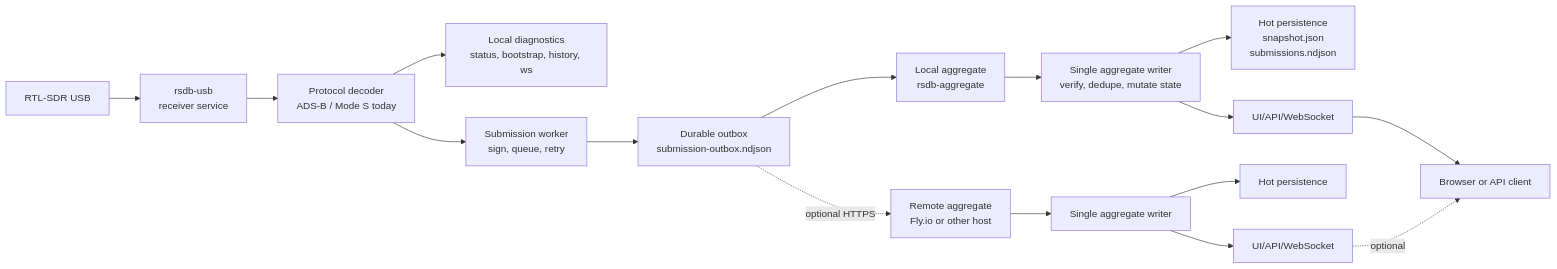
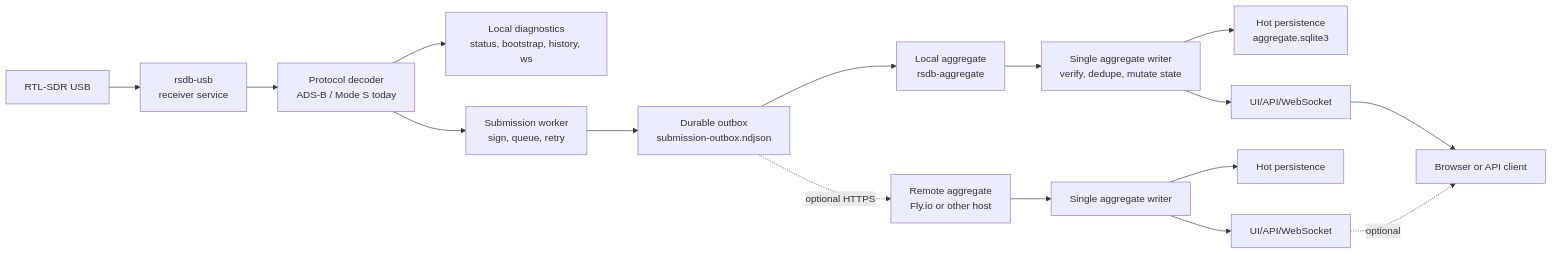
Before and after one commit to abhay/rsdb: the first of 2 diagrams in docs/ARCHITECTURE.md, drawn with Mermaid. The commit also changed other lines of this file and 7 other files, not shown here.

First line of the commit message:
Store aggregate submissions in SQLite

````diff
--- a/docs/ARCHITECTURE.md
+++ b/docs/ARCHITECTURE.md
@@ -16,18 +16,18 @@
 ```mermaid
 flowchart LR
   USB[RTL-SDR USB] --> Receiver[rsdb-usb<br/>receiver service]
   Receiver --> Decode[Protocol decoder<br/>ADS-B / Mode S today]
   Decode --> LocalAPI[Local diagnostics<br/>status, bootstrap, history, ws]
   Decode --> Submit[Submission worker<br/>sign, queue, retry]
   Submit --> Outbox[Durable outbox<br/>submission-outbox.ndjson]
   Outbox --> LocalAgg[Local aggregate<br/>rsdb-aggregate]
   Outbox -. optional HTTPS .-> RemoteAgg[Remote aggregate<br/>Fly.io or other host]
   LocalAgg --> Writer[Single aggregate writer<br/>verify, dedupe, mutate state]
   RemoteAgg --> RemoteWriter[Single aggregate writer]
-  Writer --> HotStore[Hot persistence<br/>snapshot.json<br/>submissions.ndjson]
+  Writer --> HotStore[Hot persistence<br/>aggregate.sqlite3]
   RemoteWriter --> RemoteHotStore[Hot persistence]
   Writer --> PublicAPI[UI/API/WebSocket]
   RemoteWriter --> RemoteAPI[UI/API/WebSocket]
   PublicAPI --> Browser[Browser or API client]
   RemoteAPI -. optional .-> Browser
 ```
````
